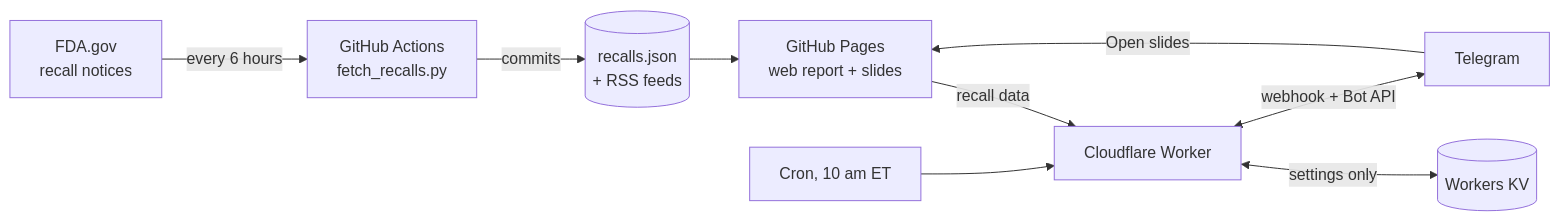
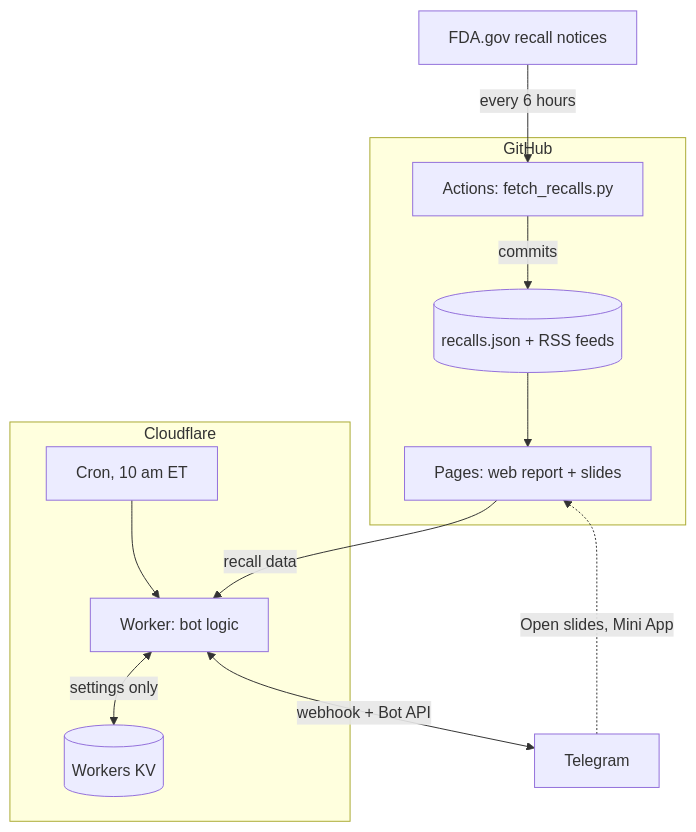
The diagram in README.md (EL9995/FDA-Recall-Bot), drawn with Mermaid before and after one commit.

Commit message:
README: top-down architecture diagram

````diff
--- a/README.md
+++ b/README.md
@@ -21,11 +21,15 @@
 ```mermaid
-flowchart LR
-  FDA["FDA.gov<br/>recall notices"] -->|every 6 hours| GA["GitHub Actions<br/>fetch_recalls.py"]
-  GA -->|commits| DATA[("recalls.json<br/>+ RSS feeds")]
-  DATA --> PAGES["GitHub Pages<br/>web report + slides"]
-  PAGES -->|recall data| W["Cloudflare Worker"]
-  CRON["Cron, 10 am ET"] --> W
-  W <-->|settings only| KV[("Workers KV")]
+flowchart TD
+  FDA["FDA.gov recall notices"] -->|every 6 hours| GA
+  subgraph GH["GitHub"]
+    GA["Actions: fetch_recalls.py"] -->|commits| DATA[("recalls.json + RSS feeds")]
+    DATA --> PAGES["Pages: web report + slides"]
+  end
+  subgraph CF["Cloudflare"]
+    CRON["Cron, 10 am ET"] --> W["Worker: bot logic"]
+    W <-->|settings only| KV[("Workers KV")]
+  end
+  PAGES -->|recall data| W
   W <-->|webhook + Bot API| TG["Telegram"]
-  TG -->|Open slides| PAGES
+  TG -.->|Open slides, Mini App| PAGES
 ```
````
